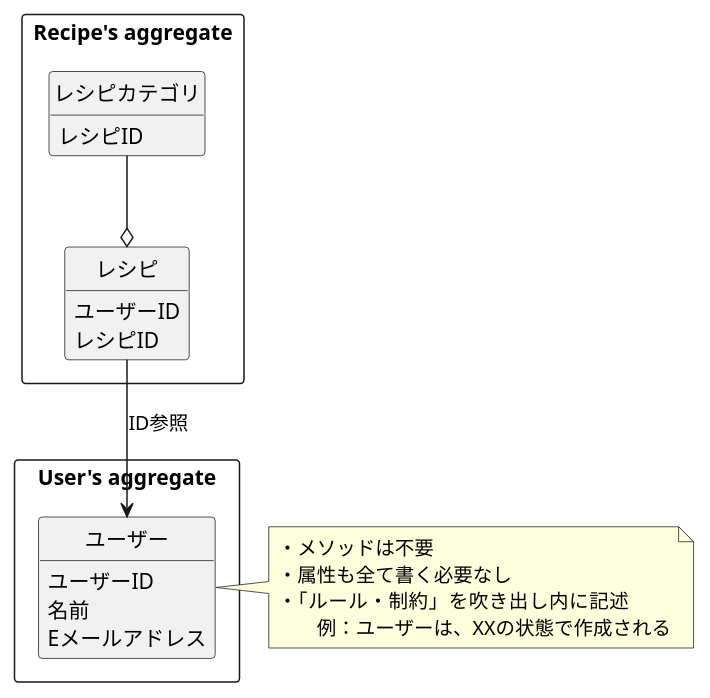
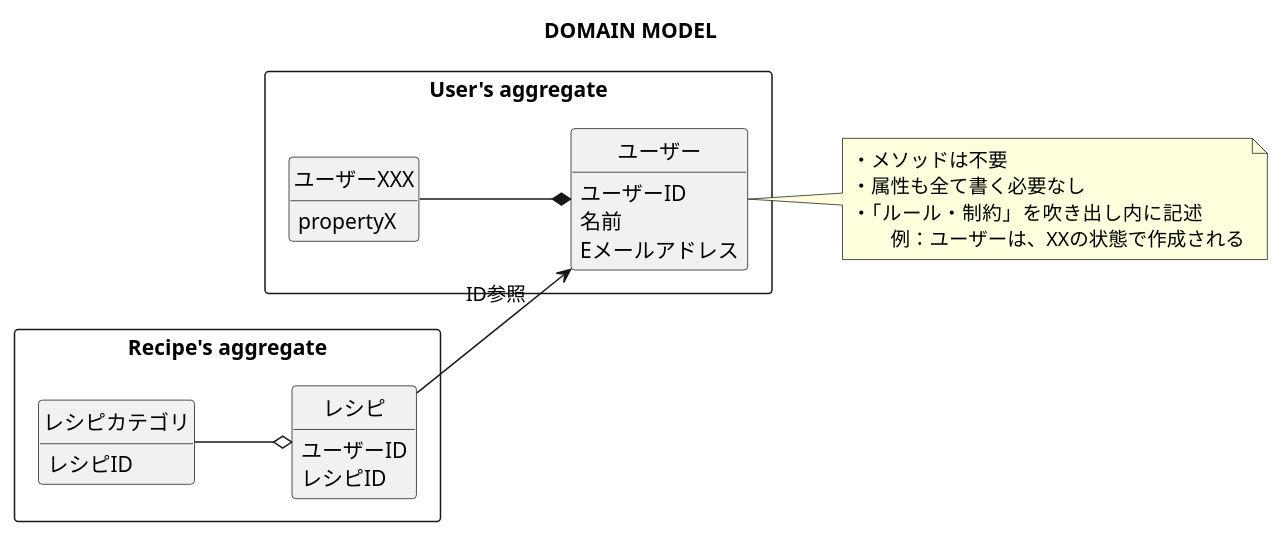
Before and after one commit to apple-x-co/bear-app-old: the diagram in docs/uml/models/domain-models.puml, drawn with PlantUML. The commit also changed 72 other files, not shown here.

```diff
--- a/docs/uml/models/domain-models.puml
+++ b/docs/uml/models/domain-models.puml
@@ -1,36 +1,45 @@
 @startuml
 
+title DOMAIN MODEL
+
+left to right direction
 hide circle
 hide empty fields
 hide empty methods
 
 rectangle "User's aggregate" {
     class ユーザー {
         ユーザーID
         名前
         Eメールアドレス
     }
+
+    class ユーザーXXX {
+        propertyX
+    }
 }
+
+ユーザーXXX --* ユーザー
 
 note right of ユーザー
 ・メソッドは不要
 ・属性も全て書く必要なし
 ・「ルール・制約」を吹き出し内に記述
 　　例：ユーザーは、XXの状態で作成される
 end note
 
 rectangle "Recipe's aggregate" {
     class レシピ {
         ユーザーID
         レシピID
     }
 
     class レシピカテゴリ {
         レシピID
     }
 }
 
 レシピ --> ユーザー: ID参照
 レシピカテゴリ --o レシピ
 
 @enduml
```
